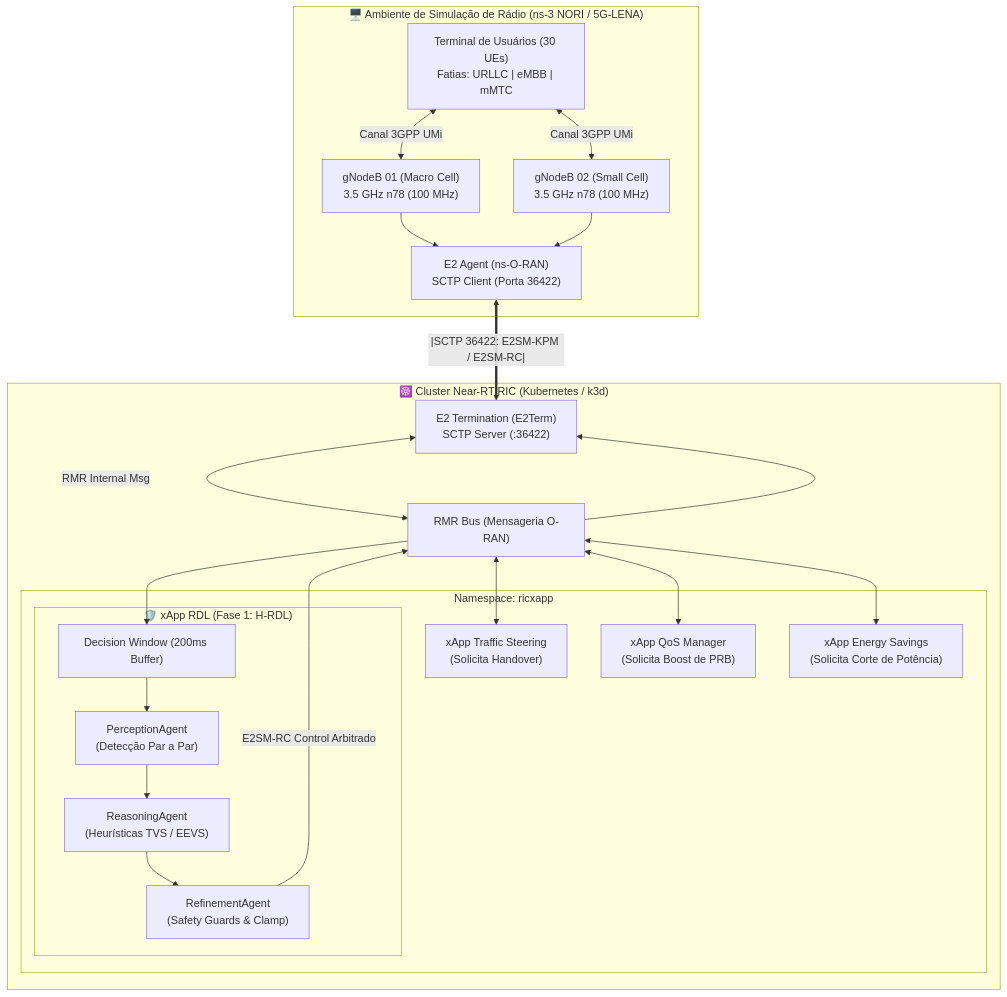
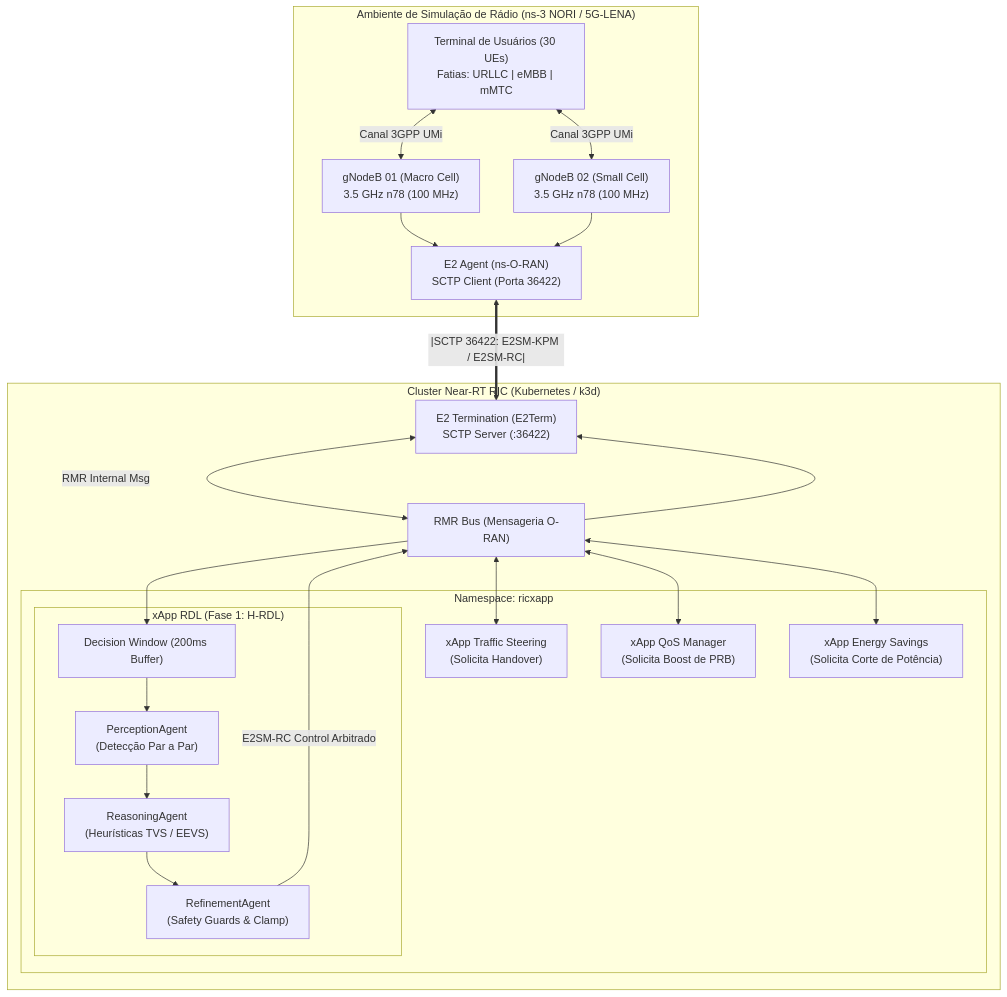
Before and after one commit to georgebarbosa3090/XApp-RDL-F1: the first of 2 diagrams in docs/08_guia_experimentos_ns3_nori.md, drawn with Mermaid. The commit also changed other lines of this file and 9 other files, not shown here.

````diff
--- a/docs/08_guia_experimentos_ns3_nori.md
+++ b/docs/08_guia_experimentos_ns3_nori.md
@@ -18,42 +18,42 @@
 ```mermaid
 flowchart TD
-    subgraph NS3["🖥️ Ambiente de Simulação de Rádio (ns-3 NORI / 5G-LENA)"]
+    subgraph NS3["Ambiente de Simulação de Rádio (ns-3 NORI / 5G-LENA)"]
         GNB1["gNodeB 01 (Macro Cell)<br/>3.5 GHz n78 (100 MHz)"]
         GNB2["gNodeB 02 (Small Cell)<br/>3.5 GHz n78 (100 MHz)"]
         UES["Terminal de Usuários (30 UEs)<br/>Fatias: URLLC | eMBB | mMTC"]
         E2A["E2 Agent (ns-O-RAN)<br/>SCTP Client (Porta 36422)"]
         
         UES <-->|Canal 3GPP UMi| GNB1
         UES <-->|Canal 3GPP UMi| GNB2
         GNB1 --> E2A
         GNB2 --> E2A
     end
 
-    subgraph O_RAN_RIC["☸️ Cluster Near-RT RIC (Kubernetes / k3d)"]
+    subgraph O_RAN_RIC["Cluster Near-RT RIC (Kubernetes / k3d)"]
         E2T["E2 Termination (E2Term)<br/>SCTP Server (:36422)"]
         RMR["RMR Bus (Mensageria O-RAN)"]
         
         subgraph XAPPS["Namespace: ricxapp"]
             TS["xApp Traffic Steering<br/>(Solicita Handover)"]
             QOS["xApp QoS Manager<br/>(Solicita Boost de PRB)"]
             ES["xApp Energy Savings<br/>(Solicita Corte de Potência)"]
             
-            subgraph RDL_CORE["🛡️ xApp RDL (Fase 1: H-RDL)"]
+            subgraph RDL_CORE["xApp RDL (Fase 1: H-RDL)"]
                 DW["Decision Window (200ms Buffer)"]
                 PA["PerceptionAgent<br/>(Detecção Par a Par)"]
                 RA["ReasoningAgent<br/>(Heurísticas TVS / EEVS)"]
                 SG["RefinementAgent<br/>(Safety Guards & Clamp)"]
             end
         end
     end
 
     E2A <==|SCTP 36422: E2SM-KPM / E2SM-RC|==> E2T
     E2T <-->|RMR Internal Msg| RMR
     RMR <--> TS
     RMR <--> QOS
     RMR <--> ES
     RMR --> DW
     DW --> PA --> RA --> SG
     SG -->|E2SM-RC Control Arbitrado| RMR
     RMR --> E2T
 ```
````
